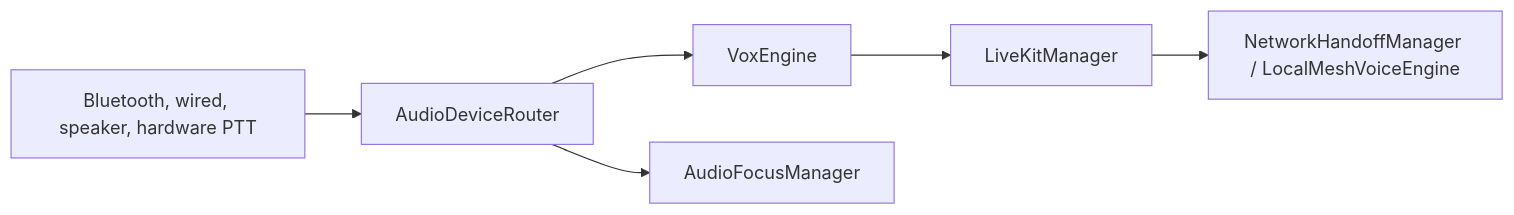
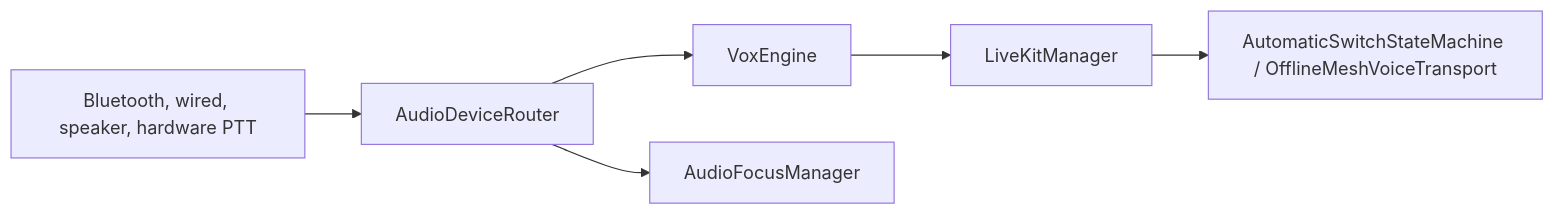
One commit to BuzyU/Rider_APP changed the third of 3 diagrams in CODE_DEPTH_STRUCTURE.md. Above: the diagram before and after it, drawn with Mermaid. The commit also changed other lines of this file and 6 other files, not shown here.

Commit message:
docs: update repository documentation for offline mesh v2.0

````diff
--- a/CODE_DEPTH_STRUCTURE.md
+++ b/CODE_DEPTH_STRUCTURE.md
@@ -209,15 +229,15 @@
 ```mermaid
 flowchart LR
     Input[Bluetooth, wired, speaker, hardware PTT]
     Router[AudioDeviceRouter]
     Vox[VoxEngine]
     Focus[AudioFocusManager]
     LK[LiveKitManager]
-    Fallback[NetworkHandoffManager / LocalMeshVoiceEngine]
+    Fallback[AutomaticSwitchStateMachine / OfflineMeshVoiceTransport]
 
     Input --> Router
     Router --> Vox
     Router --> Focus
     Vox --> LK
     LK --> Fallback
 ```
````
